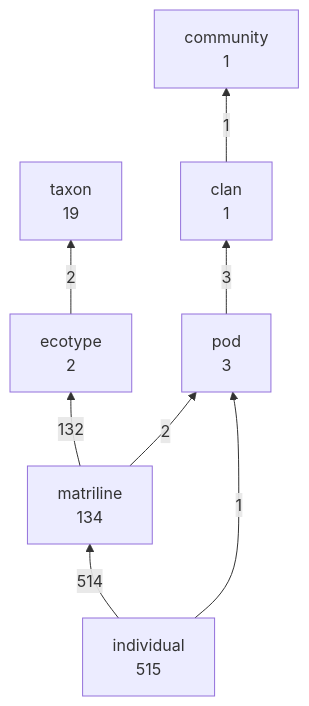
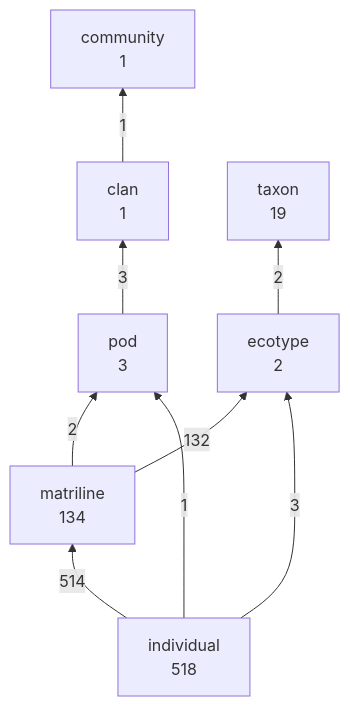
The first of 2 diagrams in dist/structure.md (salish-sea/animals), drawn with Mermaid before and after one commit. The commit also changed 8 other files, not shown here.

````diff
--- a/dist/structure.md
+++ b/dist/structure.md
@@ -11,17 +11,18 @@
 ```mermaid
 graph BT
   clan["clan<br/>1"]
   community["community<br/>1"]
   ecotype["ecotype<br/>2"]
-  individual["individual<br/>515"]
+  individual["individual<br/>518"]
   matriline["matriline<br/>134"]
   pod["pod<br/>3"]
   taxon["taxon<br/>19"]
   individual -->|514| matriline
   matriline -->|132| ecotype
+  individual -->|3| ecotype
   pod -->|3| clan
   ecotype -->|2| taxon
   matriline -->|2| pod
   clan -->|1| community
   individual -->|1| pod
 ```
````
